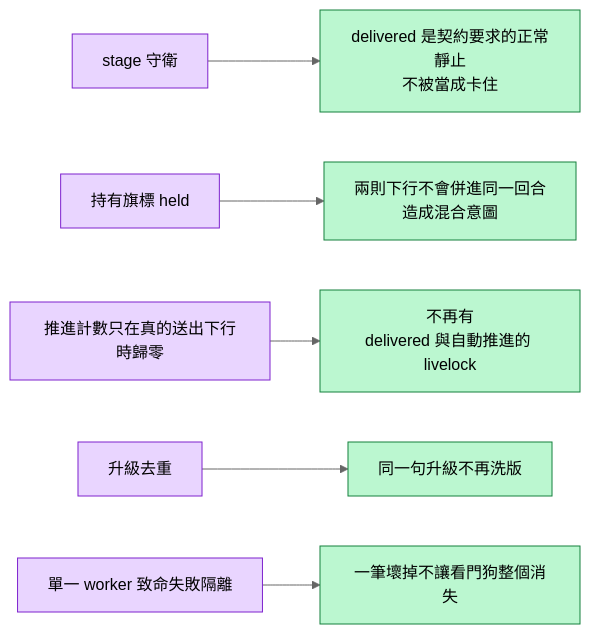
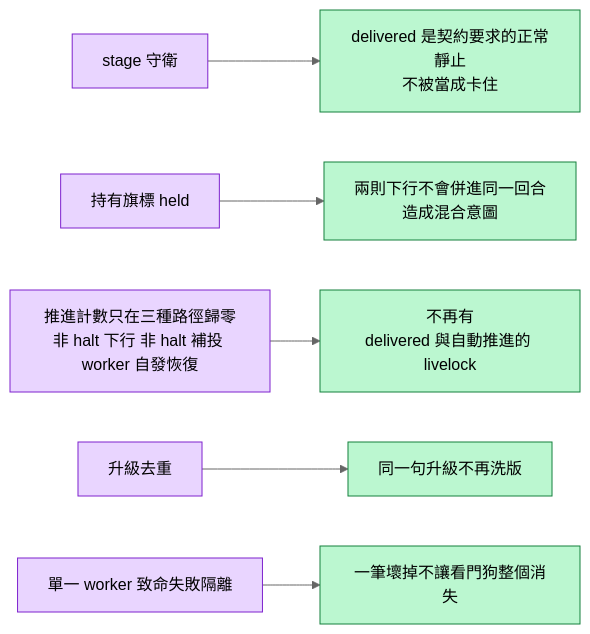
Before and after one commit to chenghung/my-claude-code-settings: diagram 15 of 18 in skills/herdr-agent-team/README.md, drawn with Mermaid (neutral theme). The commit also changed other lines of this file and 10 other files, not shown here.

````diff
--- a/skills/herdr-agent-team/README.md
+++ b/skills/herdr-agent-team/README.md
@@ -734,13 +740,13 @@
 ```mermaid
 flowchart LR
     g1["stage 守衛"] --> e1["delivered 是契約要求的正常靜止<br/>不被當成卡住"]
     g2["持有旗標 held"] --> e2["兩則下行不會併進同一回合<br/>造成混合意圖"]
-    g3["推進計數只在真的送出下行時歸零"] --> e3["不再有<br/>delivered 與自動推進的 livelock"]
+    g3["推進計數只在三種路徑歸零<br/>非 halt 下行 非 halt 補投 worker 自發恢復"] --> e3["不再有<br/>delivered 與自動推進的 livelock"]
     g4["升級去重"] --> e4["同一句升級不再洗版"]
     g5["單一 worker 致命失敗隔離"] --> e5["一筆壞掉不讓看門狗整個消失"]
 
     classDef kGuard fill:#e9d5ff,stroke:#7e22ce,color:#000
     classDef kEffect fill:#bbf7d0,stroke:#15803d,color:#000
     class g1,g2,g3,g4,g5 kGuard
     class e1,e2,e3,e4,e5 kEffect
 ```
````
